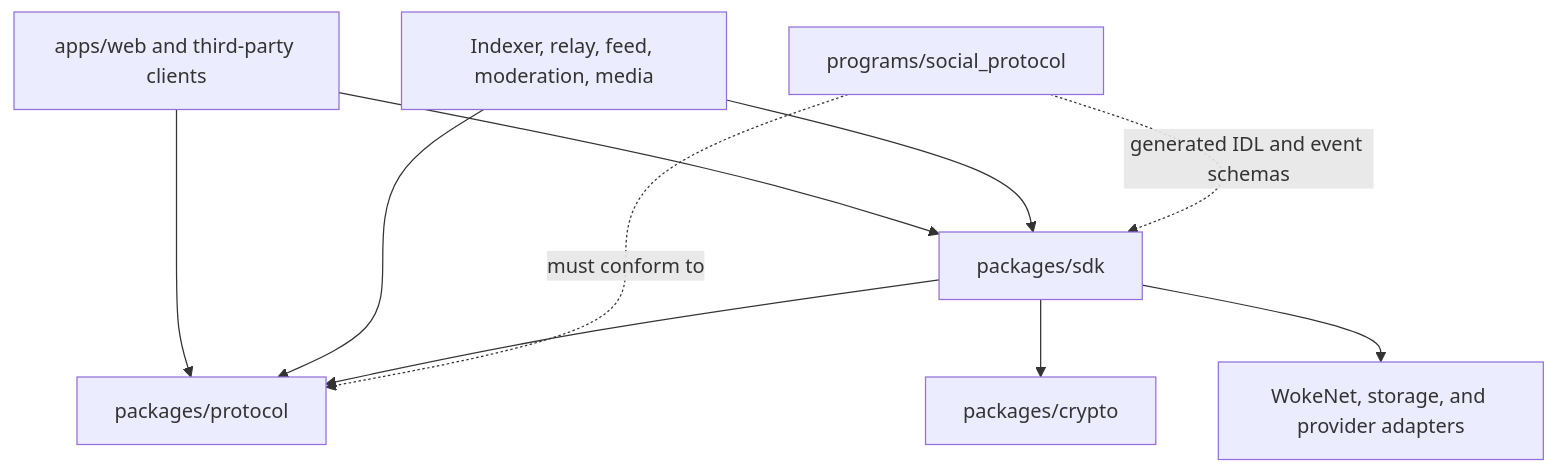
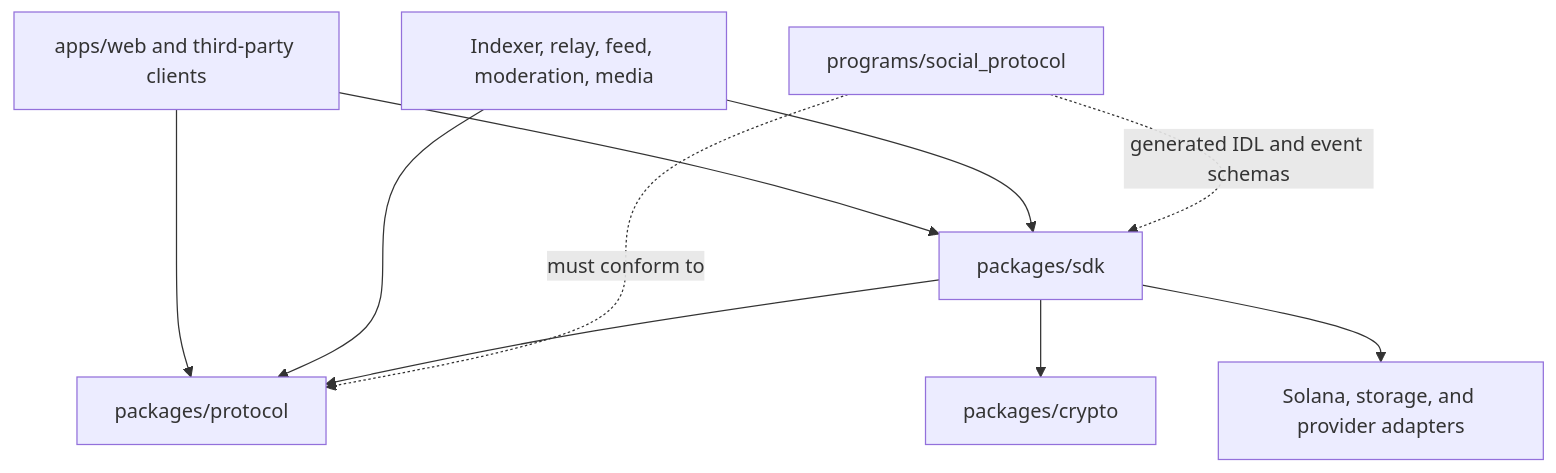
Before and after one commit to droolson/wetdrool: the second of 6 diagrams in docs/ARCHITECTURE.md, drawn with Mermaid. The commit also changed other lines of this file and 163 other files, not shown here.

Commit message:
feat(wokesocial): pivot WokeNet to Solana and add Seeker client

````diff
--- a/docs/ARCHITECTURE.md
+++ b/docs/ARCHITECTURE.md
@@ -124,20 +126,20 @@
 ```mermaid
 flowchart TD
     UI["apps/web and third-party clients"]
     Services["Indexer, relay, feed, moderation, media"]
     SDK["packages/sdk"]
     Protocol["packages/protocol"]
     Crypto["packages/crypto"]
     Program["programs/social_protocol"]
-    External["WokeNet, storage, and provider adapters"]
+    External["Solana, storage, and provider adapters"]
 
     UI --> SDK
     UI --> Protocol
     Services --> SDK
     Services --> Protocol
     SDK --> Protocol
     SDK --> Crypto
     SDK --> External
     Program -. "generated IDL and event schemas" .-> SDK
     Program -. "must conform to" .-> Protocol
 ```
````
